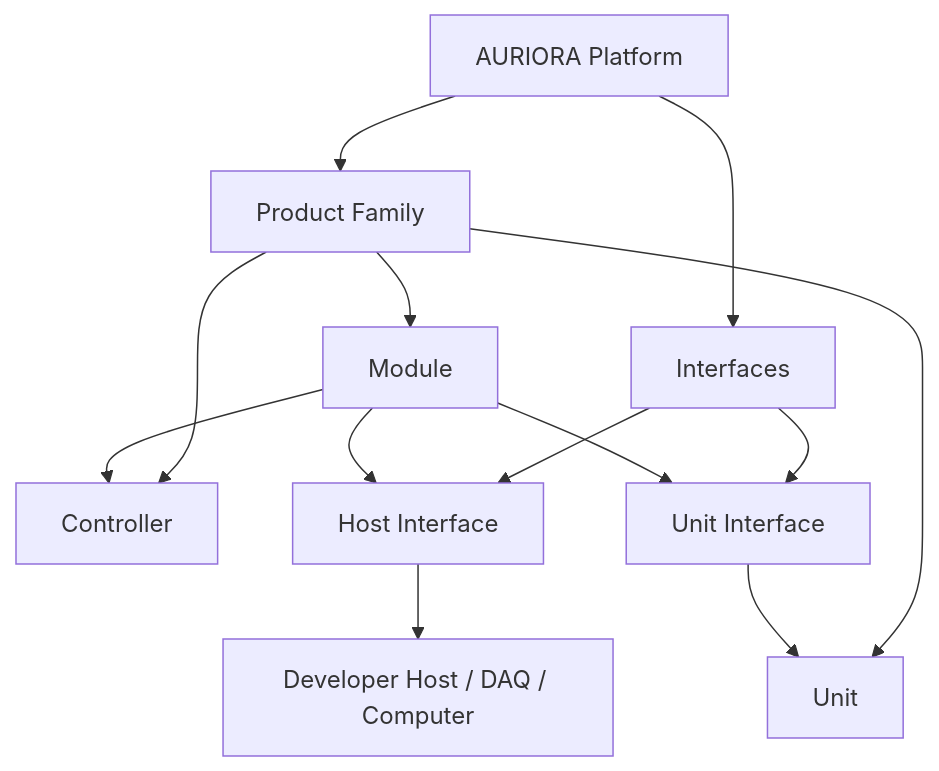
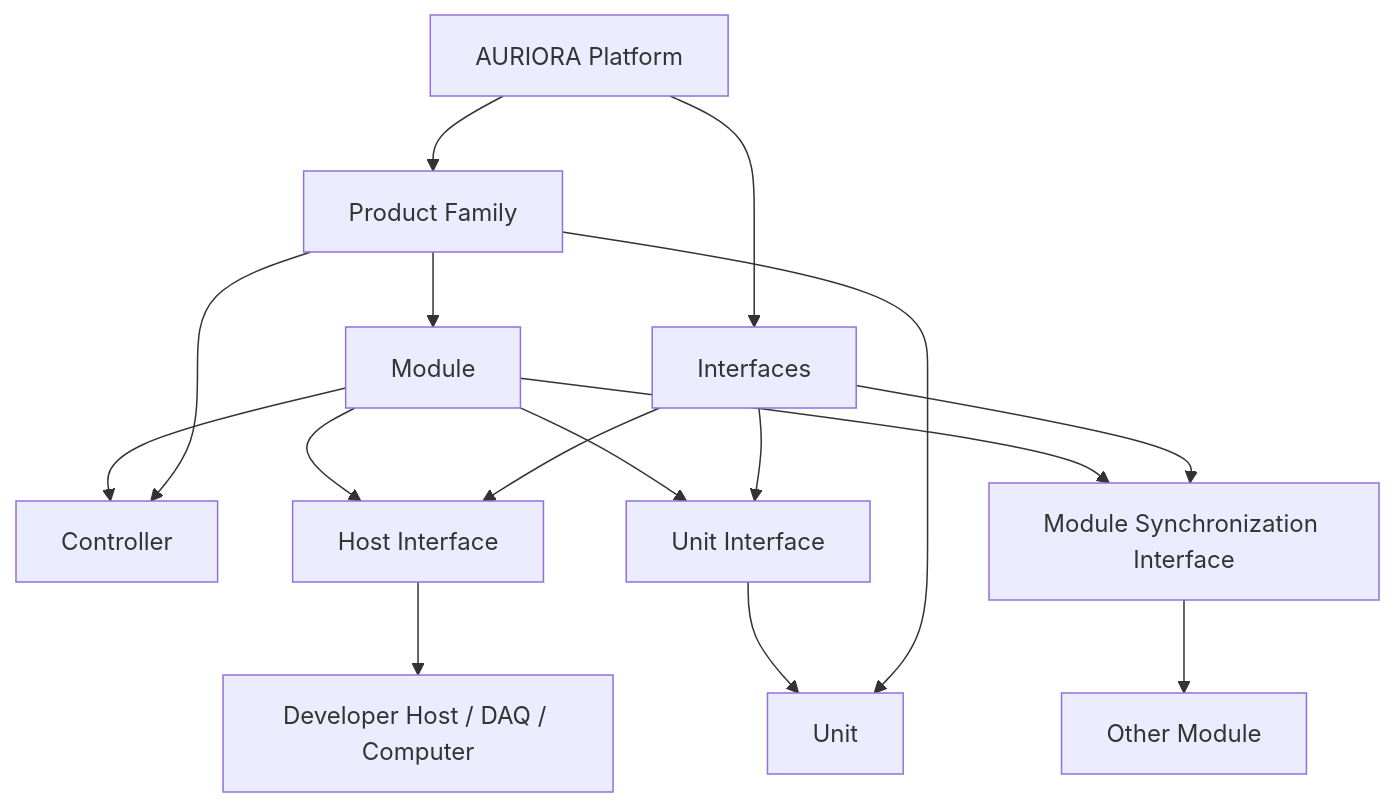
Before and after one commit to auriora-org/auriora-engineering-standard: the first of 2 diagrams in STANDARD.md, drawn with Mermaid. The commit also changed other lines of this file and 9 other files, not shown here.

First line of the commit message:
Add Module Synchronization Interface (SYNC)

````diff
--- a/STANDARD.md
+++ b/STANDARD.md
@@ -93,25 +94,30 @@
 ```mermaid
 flowchart TB
     Platform[AURIORA Platform]
     Family[Product Family]
     Module[Module]
     Controller[Controller]
     Unit[Unit]
     Interfaces[Interfaces]
     Host[Host Interface]
     UI[Unit Interface]
+    SYNC[Module Synchronization Interface]
+    Peer[Other Module]
     External[Developer Host / DAQ / Computer]
 
     Platform --> Family
     Platform --> Interfaces
     Family --> Module
     Family --> Controller
     Family --> Unit
     Interfaces --> Host
     Interfaces --> UI
+    Interfaces --> SYNC
     Module --> Controller
     Module --> Host
     Module --> UI
+    Module --> SYNC
     UI --> Unit
+    SYNC --> Peer
     Host --> External
 ```
````
